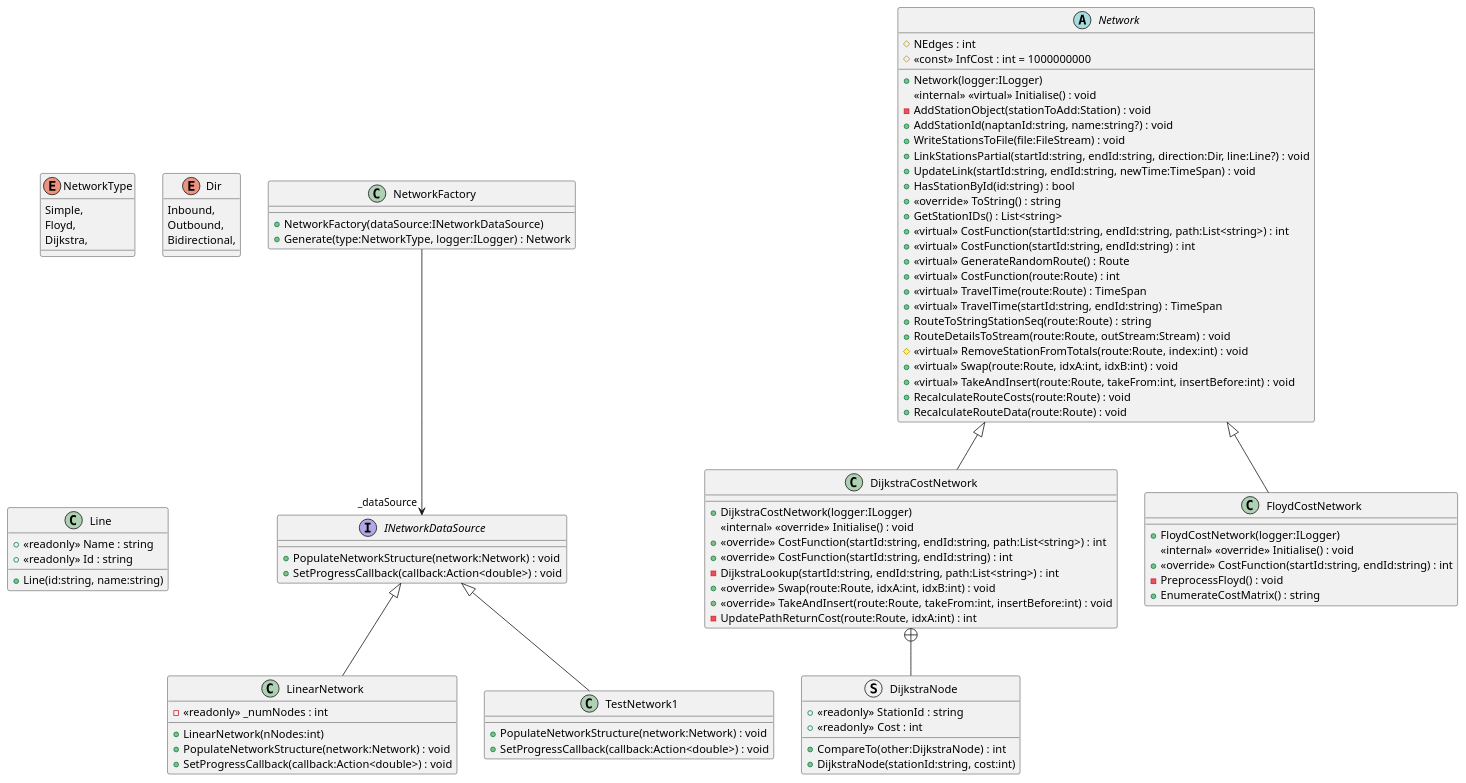
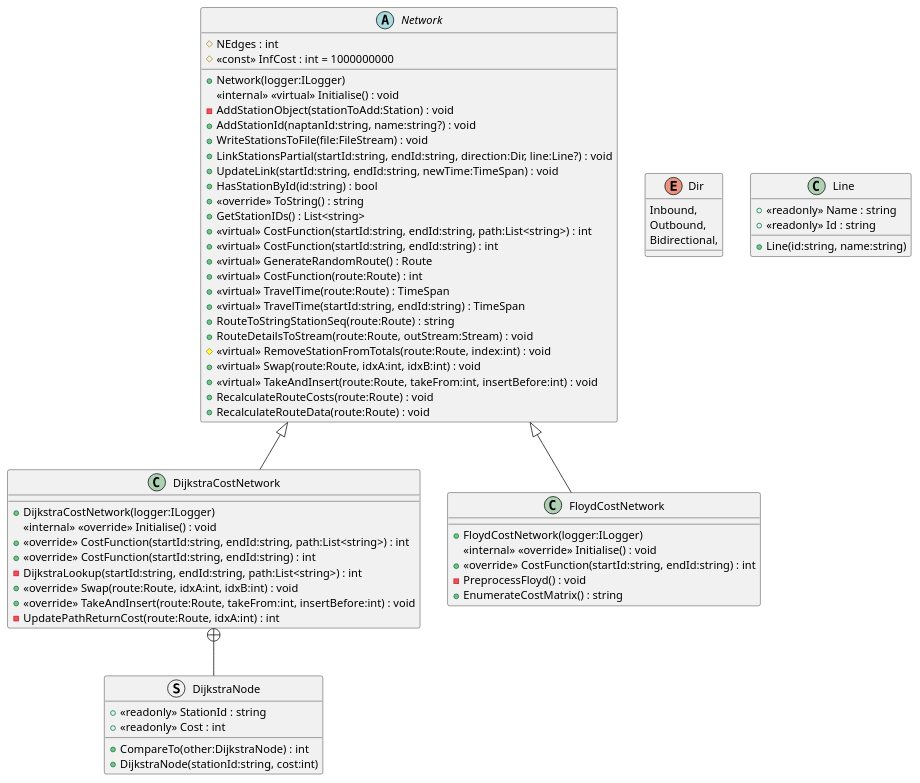
The diagram in TubeChallengeRouter/puml/HMNetwork.puml (Liftyee/london-tube-navigator), drawn with PlantUML before and after one commit. The commit also changed 1 other file, not shown here.

```diff
--- a/TubeChallengeRouter/puml/HMNetwork.puml
+++ b/TubeChallengeRouter/puml/HMNetwork.puml
@@ -1,94 +1,68 @@
 @startuml
-class LinearNetwork {
-    - <<readonly>> _numNodes : int
-    + LinearNetwork(nNodes:int)
-    + PopulateNetworkStructure(network:Network) : void
-    + SetProgressCallback(callback:Action<double>) : void
-}
-class TestNetwork1 {
-    + PopulateNetworkStructure(network:Network) : void
-    + SetProgressCallback(callback:Action<double>) : void
-}
-INetworkDataSource <|-- LinearNetwork
-INetworkDataSource <|-- TestNetwork1
 
-interface INetworkDataSource {
-    + PopulateNetworkStructure(network:Network) : void
-    + SetProgressCallback(callback:Action<double>) : void
-}
-enum NetworkType {
-    Simple,
-    Floyd,
-    Dijkstra,
-}
-class NetworkFactory {
-    + NetworkFactory(dataSource:INetworkDataSource)
-    + Generate(type:NetworkType, logger:ILogger) : Network
-}
-NetworkFactory --> "_dataSource" INetworkDataSource
 class DijkstraCostNetwork {
     + DijkstraCostNetwork(logger:ILogger)
     <<internal>> <<override>> Initialise() : void
     + <<override>> CostFunction(startId:string, endId:string, path:List<string>) : int
     + <<override>> CostFunction(startId:string, endId:string) : int
     - DijkstraLookup(startId:string, endId:string, path:List<string>) : int
     + <<override>> Swap(route:Route, idxA:int, idxB:int) : void
     + <<override>> TakeAndInsert(route:Route, takeFrom:int, insertBefore:int) : void
     - UpdatePathReturnCost(route:Route, idxA:int) : int
 }
 struct DijkstraNode {
     + <<readonly>> StationId : string
     + <<readonly>> Cost : int
     + CompareTo(other:DijkstraNode) : int
     + DijkstraNode(stationId:string, cost:int)
 }
 Network <|-- DijkstraCostNetwork
 DijkstraCostNetwork +-- DijkstraNode
 enum Dir {
     Inbound,
     Outbound,
     Bidirectional,
 }
 class Line {
     + <<readonly>> Name : string
     + <<readonly>> Id : string
     + Line(id:string, name:string)
 }
 
 abstract class Network {
     # NEdges : int
     # <<const>> InfCost : int = 1000000000
     + Network(logger:ILogger)
     <<internal>> <<virtual>> Initialise() : void
     - AddStationObject(stationToAdd:Station) : void
     + AddStationId(naptanId:string, name:string?) : void
     + WriteStationsToFile(file:FileStream) : void
     + LinkStationsPartial(startId:string, endId:string, direction:Dir, line:Line?) : void
     + UpdateLink(startId:string, endId:string, newTime:TimeSpan) : void
     + HasStationById(id:string) : bool
     + <<override>> ToString() : string
     + GetStationIDs() : List<string>
     + <<virtual>> CostFunction(startId:string, endId:string, path:List<string>) : int
     + <<virtual>> CostFunction(startId:string, endId:string) : int
     + <<virtual>> GenerateRandomRoute() : Route
     + <<virtual>> CostFunction(route:Route) : int
     + <<virtual>> TravelTime(route:Route) : TimeSpan
     + <<virtual>> TravelTime(startId:string, endId:string) : TimeSpan
     + RouteToStringStationSeq(route:Route) : string
     + RouteDetailsToStream(route:Route, outStream:Stream) : void
     # <<virtual>> RemoveStationFromTotals(route:Route, index:int) : void
     + <<virtual>> Swap(route:Route, idxA:int, idxB:int) : void
     + <<virtual>> TakeAndInsert(route:Route, takeFrom:int, insertBefore:int) : void
     + RecalculateRouteCosts(route:Route) : void
     + RecalculateRouteData(route:Route) : void
 }
 class FloydCostNetwork {
     + FloydCostNetwork(logger:ILogger)
     <<internal>> <<override>> Initialise() : void
     + <<override>> CostFunction(startId:string, endId:string) : int
     - PreprocessFloyd() : void
     + EnumerateCostMatrix() : string
 }
 Network <|-- FloydCostNetwork
 
 @enduml
```
